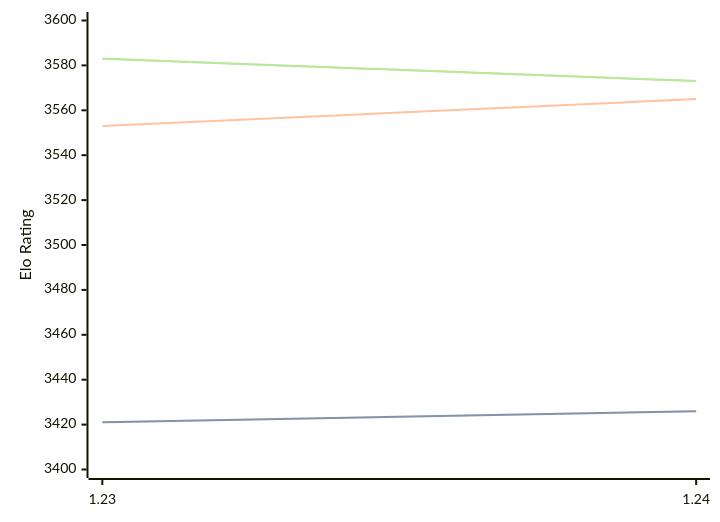
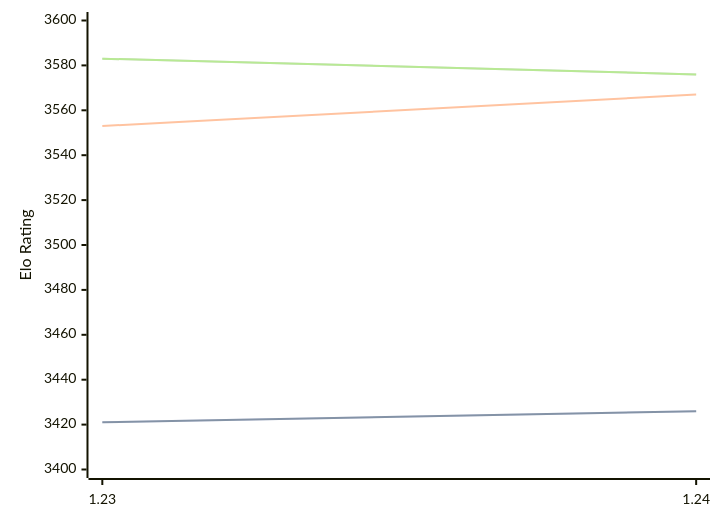
One commit to computer-chess-index/cci changed the diagram in engines/Caissa.md. Above: the diagram before and after it, drawn with Mermaid. The commit also changed other lines of this file, not shown here.

Commit message:
Update CCI Ratings (ELO VLTC) - 2026-02-15

````diff
--- a/engines/Caissa.md
+++ b/engines/Caissa.md
@@ -61,11 +61,11 @@
 ```mermaid
 %%{init: {"theme":"base","themeVariables":{"seriesColors:['#a3a3a3','#222221','#faa371']}}}%%
 xychart-beta
   x-axis ["1.23", "1.24"]
   y-axis "Elo Rating" 3400 --> 3600
   line "STC (8.0+0.08s)" [3421, 3426]
   line "STC (8.0+0.08s)" [3421, 3426]
-  line "LTC (60.0+0.60s)" [3553, 3565]
-  line "VLTC (2m24s+1.12s)" [3583, 3573]
-  line "VLTC (2m24s+1.12s)" [3583, 3573]
+  line "LTC (60.0+0.60s)" [3553, 3567]
+  line "VLTC (2m24s+1.12s)" [3583, 3576]
+  line "VLTC (2m24s+1.12s)" [3583, 3576]
 ```
````
